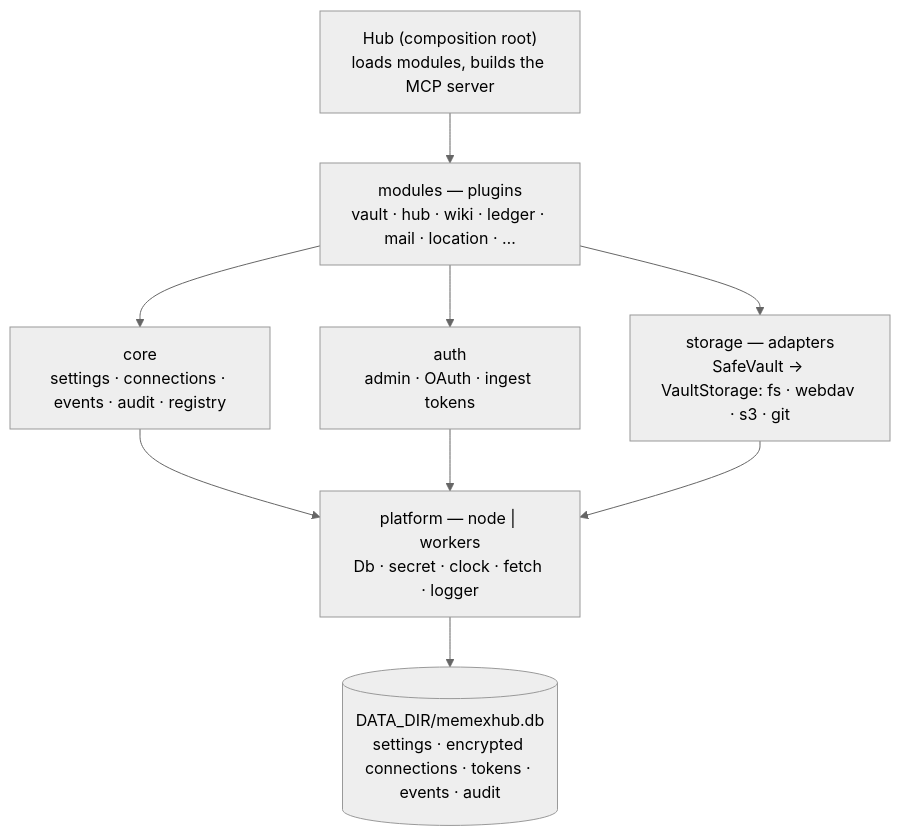
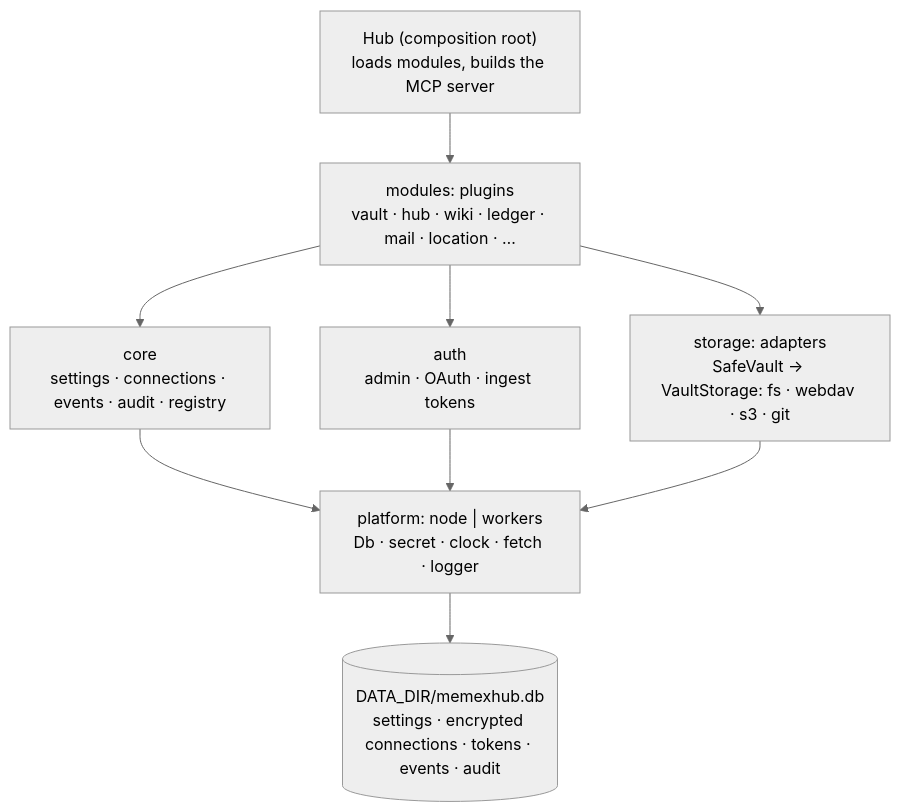
One commit to Hchanghyeon/memexhub changed the second of 2 diagrams in docs/architecture.md. Above: the diagram before and after it, drawn with Mermaid. The commit also changed other lines of this file and 101 other files, not shown here.

````diff
--- a/docs/architecture.md
+++ b/docs/architecture.md
@@ -13,15 +13,15 @@
 ```mermaid
 %%{init: {'theme':'neutral'}}%%
 flowchart TB
   hub["Hub (composition root)<br/>loads modules, builds the MCP server"]
-  modules["modules — plugins<br/>vault · hub · wiki · ledger · mail · location · …"]
+  modules["modules: plugins<br/>vault · hub · wiki · ledger · mail · location · …"]
   core["core<br/>settings · connections · events · audit · registry"]
   auth["auth<br/>admin · OAuth · ingest tokens"]
-  storage["storage — adapters<br/>SafeVault → VaultStorage: fs · webdav · s3 · git"]
-  platform["platform — node | workers<br/>Db · secret · clock · fetch · logger"]
+  storage["storage: adapters<br/>SafeVault → VaultStorage: fs · webdav · s3 · git"]
+  platform["platform: node | workers<br/>Db · secret · clock · fetch · logger"]
   db[("DATA_DIR/memexhub.db<br/>settings · encrypted connections · tokens · events · audit")]
   hub --> modules
   modules --> core & auth & storage
   core & auth & storage --> platform
   platform --> db
 ```
````
